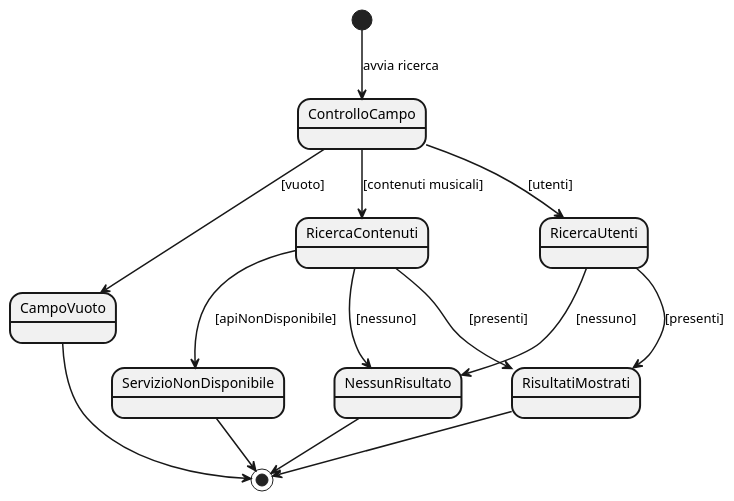
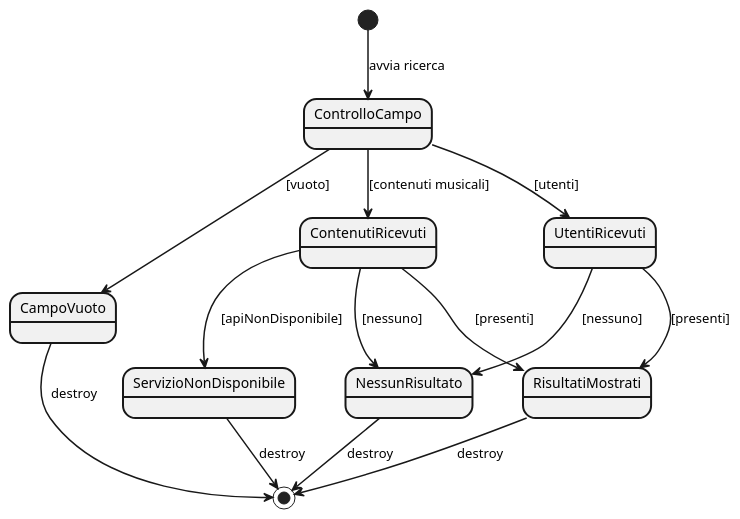
Before and after one commit to rdelvacchio/AmplyMus: the diagram in RAD/src/SCD/SCD_GC_1.plantuml, drawn with PlantUML. The commit also changed 15 other files, not shown here.

```diff
--- a/RAD/src/SCD/SCD_GC_1.plantuml
+++ b/RAD/src/SCD/SCD_GC_1.plantuml
@@ -1,28 +1,28 @@
 @startuml
 skinparam monochrome true
 skinparam shadowing false
 skinparam nodesep 50
 skinparam ranksep 50
 skinparam ArrowThickness 1.5
 skinparam state {
   BorderThickness 2
 }
 
 [*] --> ControlloCampo : avvia ricerca
 
 ControlloCampo --> CampoVuoto : [vuoto]
-ControlloCampo --> RicercaContenuti : [contenuti musicali]
-ControlloCampo --> RicercaUtenti : [utenti]
+ControlloCampo --> ContenutiRicevuti : [contenuti musicali]
+ControlloCampo --> UtentiRicevuti : [utenti]
 
-RicercaContenuti --> NessunRisultato : [nessuno]
-RicercaContenuti --> RisultatiMostrati : [presenti]
-RicercaContenuti --> ServizioNonDisponibile : [apiNonDisponibile]
+ContenutiRicevuti --> NessunRisultato : [nessuno]
+ContenutiRicevuti --> RisultatiMostrati : [presenti]
+ContenutiRicevuti --> ServizioNonDisponibile : [apiNonDisponibile]
 
-RicercaUtenti --> NessunRisultato : [nessuno]
-RicercaUtenti --> RisultatiMostrati : [presenti]
+UtentiRicevuti --> NessunRisultato : [nessuno]
+UtentiRicevuti --> RisultatiMostrati : [presenti]
 
-CampoVuoto --> [*]
-ServizioNonDisponibile --> [*]
-NessunRisultato --> [*]
-RisultatiMostrati --> [*] 
+CampoVuoto --> [*] : destroy
+ServizioNonDisponibile --> [*] : destroy
+NessunRisultato --> [*] : destroy
+RisultatiMostrati --> [*] : destroy
 @enduml
```
